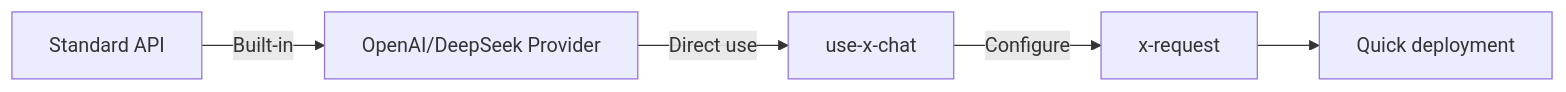
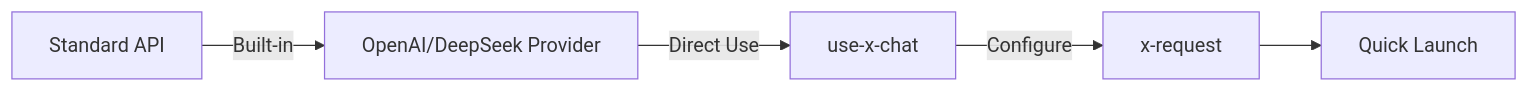
Before and after one commit to ant-design/x: the seventh of 7 diagrams in packages/x-skill/skills/x-chat-provider/SKILL.md, drawn with Mermaid. The commit also changed other lines of this file and 25 other files, not shown here.

````diff
--- a/packages/x-skill/skills/x-chat-provider/SKILL.md
+++ b/packages/x-skill/skills/x-chat-provider/SKILL.md
@@ -425,7 +428,7 @@
 ```mermaid
 graph LR
     A[Standard API] -->|Built-in| B[OpenAI/DeepSeek Provider]
-    B -->|Direct use| C[use-x-chat]
+    B -->|Direct Use| C[use-x-chat]
     C -->|Configure| D[x-request]
-    D --> E[Quick deployment]
+    D --> E[Quick Launch]
 ```
````
